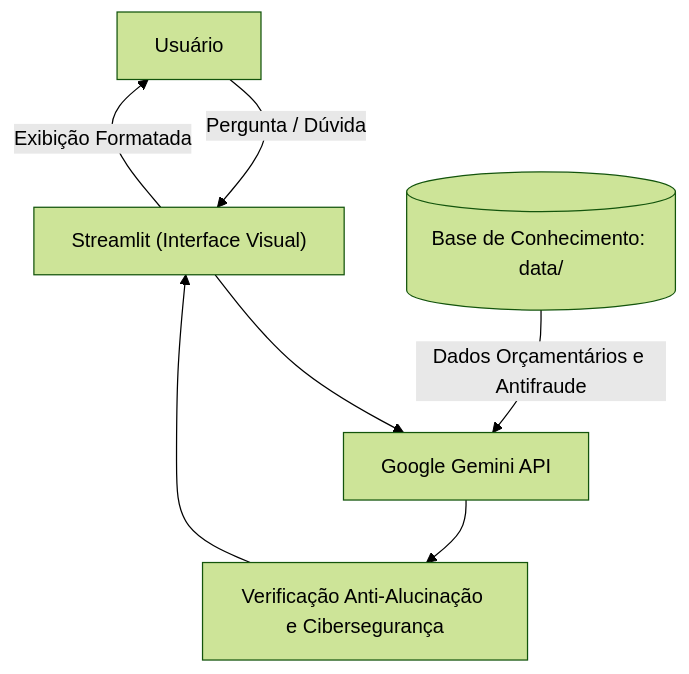
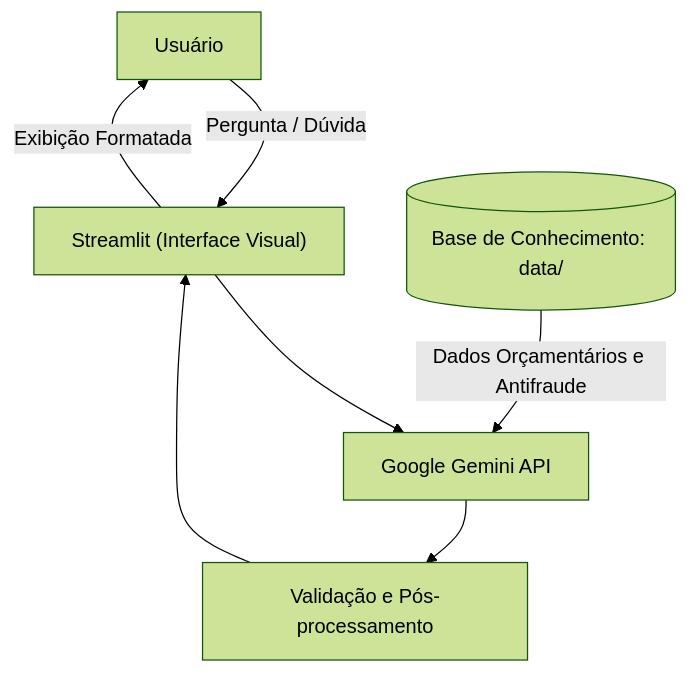
One commit to Vitor-Santos-de-Andrade/dio-lab-bia-do-futuro changed the diagram in README.md. Above: the diagram before and after it, drawn with Mermaid (forest theme). The commit also changed other lines of this file, not shown here.

````diff
--- a/README.md
+++ b/README.md
@@ -27,9 +33,9 @@
 ```mermaid
 flowchart TD
     A[Usuário] -->|Pergunta / Dúvida| B["Streamlit (Interface Visual)"]
     B --> C[Google Gemini API]
     D[(Base de Conhecimento: data/)] -->|Dados Orçamentários e Antifraude| C
-    C --> E[Verificação Anti-Alucinação e Cibersegurança]
+    C --> E[Validação e Pós-processamento]
     E --> B
     B -->|Exibição Formatada| A
 ```
````
